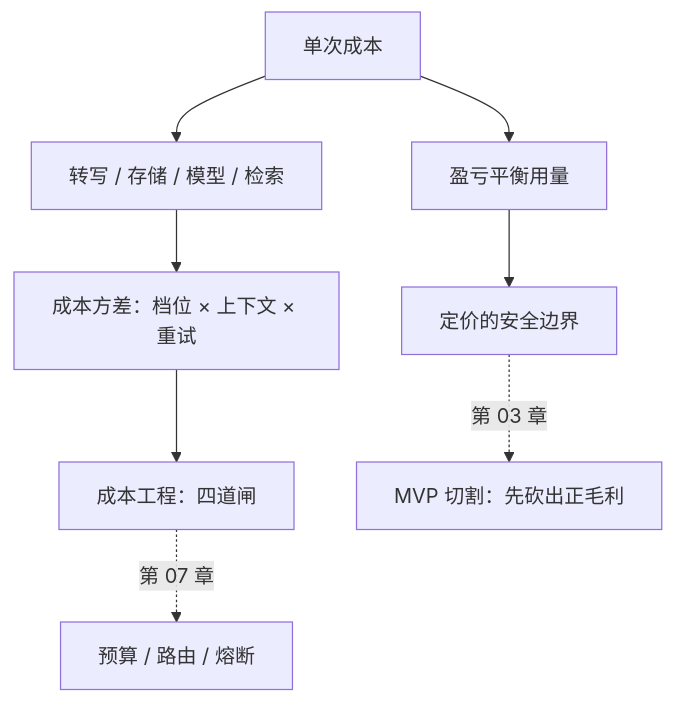
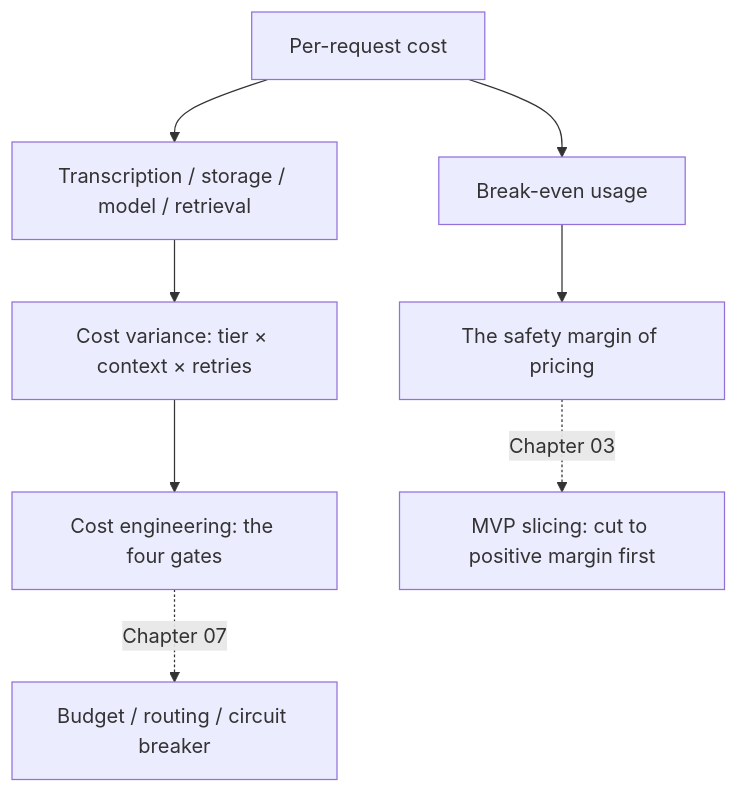
Before and after one commit to xzlxiao/vibe-coding-textbook: the second of 2 diagrams in phase5/chapters/ch02-unit-economics.md, drawn with Mermaid. The commit also changed other lines of this file and 10 other files, not shown here.

````diff
--- a/phase5/chapters/ch02-unit-economics.md
+++ b/phase5/chapters/ch02-unit-economics.md
@@ -215,10 +215,10 @@
 ```mermaid
 flowchart TD
-    A["单次成本"] --> B["转写 / 存储 / 模型 / 检索"]
-    B --> C["成本方差：档位 × 上下文 × 重试"]
-    A --> D["盈亏平衡用量"]
-    D --> E["定价的安全边界"]
-    C --> F["成本工程：四道闸"]
-    E -.->|"第 03 章"| G["MVP 切割：先砍出正毛利"]
-    F -.->|"第 07 章"| H["预算 / 路由 / 熔断"]
+    A["Per-request cost"] --> B["Transcription / storage / model / retrieval"]
+    B --> C["Cost variance: tier × context × retries"]
+    A --> D["Break-even usage"]
+    D --> E["The safety margin of pricing"]
+    C --> F["Cost engineering: the four gates"]
+    E -.->|"Chapter 03"| G["MVP slicing: cut to positive margin first"]
+    F -.->|"Chapter 07"| H["Budget / routing / circuit breaker"]
 ```
````
